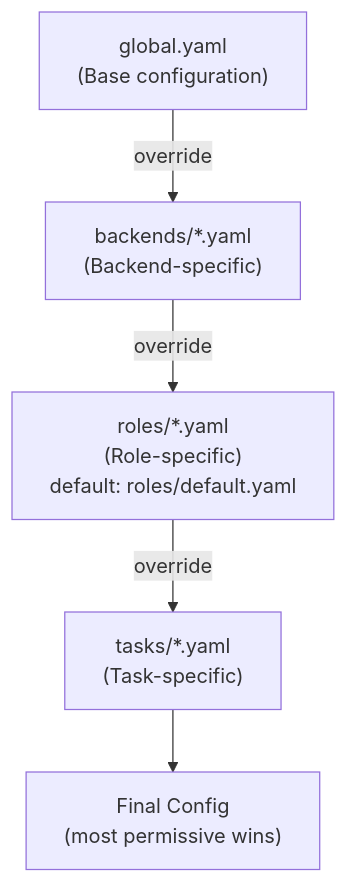
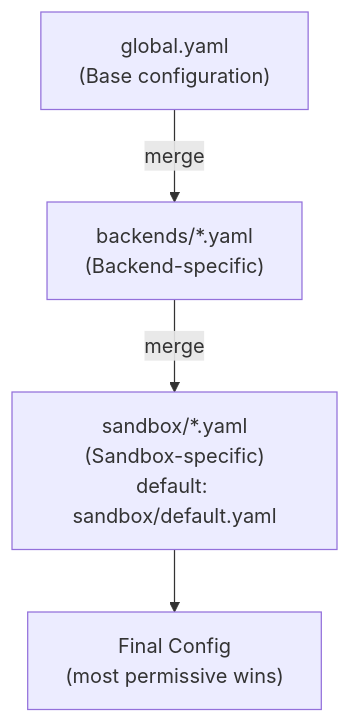
Before and after one commit to lneely/anvillm: the diagram in docs/diagrams/sandbox-config.mmd, drawn with Mermaid. The commit also changed 10 other files, not shown here.

```diff
--- a/docs/diagrams/sandbox-config.mmd
+++ b/docs/diagrams/sandbox-config.mmd
@@ -1,11 +1,9 @@
 graph TB
     global["global.yaml<br/>(Base configuration)"]
     backends["backends/*.yaml<br/>(Backend-specific)"]
-    roles["roles/*.yaml<br/>(Role-specific)<br/>default: roles/default.yaml"]
-    tasks["tasks/*.yaml<br/>(Task-specific)"]
+    sandbox["sandbox/*.yaml<br/>(Sandbox-specific)<br/>default: sandbox/default.yaml"]
     final["Final Config<br/>(most permissive wins)"]
     
-    global -->|override| backends
-    backends -->|override| roles
-    roles -->|override| tasks
-    tasks --> final
+    global -->|merge| backends
+    backends -->|merge| sandbox
+    sandbox --> final
```
